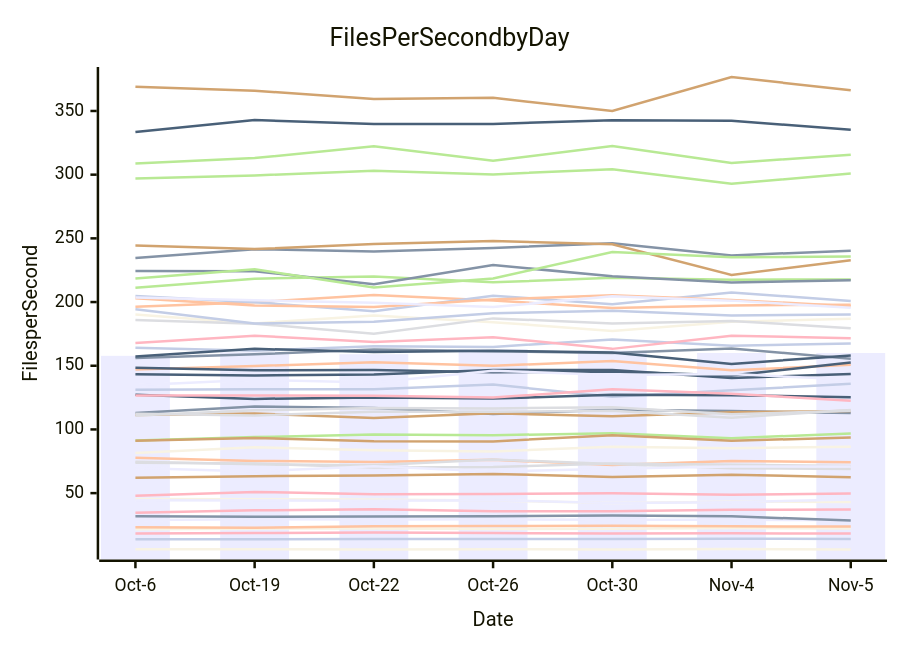
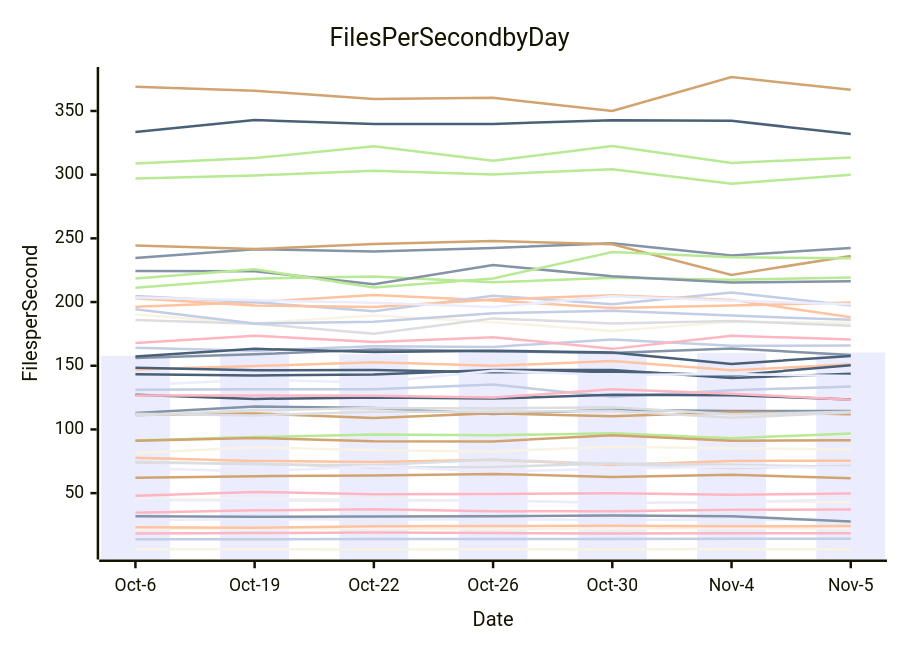
Before and after one commit to streetsidesoftware/cspell: the diagram in perf-report.md, drawn with Mermaid. The commit also changed other lines of this file and 1 other file, not shown here.

````diff
--- a/perf-report.md
+++ b/perf-report.md
@@ -10,57 +10,57 @@
 ```mermaid
 xychart-beta
     title Files Per Second by Day
     y-axis Files per Second
     x-axis Date [Oct-6, Oct-19, Oct-22, Oct-26, Oct-30, Nov-4, Nov-5]
-    bar [157.78, 160.58, 159.03, 162.88, 161.94, 160.02, 159.99]
-    line [112.94, 118.00, 116.85, 112.16, 115.50, 114.45, 112.83]
-    line [77.78, 75.28, 74.51, 76.18, 72.03, 75.21, 74.33]
-    line [74.54, 72.64, 71.96, 76.44, 72.80, 69.62, 68.95]
-    line [91.34, 93.97, 96.00, 95.45, 97.05, 93.17, 96.87]
-    line [111.42, 112.56, 109.04, 112.63, 110.40, 113.53, 114.39]
-    line [164.09, 161.71, 165.23, 164.80, 170.61, 165.61, 167.50]
-    line [34.53, 36.49, 37.33, 35.82, 35.71, 36.86, 37.15]
-    line [333.43, 342.86, 339.81, 339.82, 342.79, 342.26, 335.24]
-    line [45.48, 45.18, 45.07, 44.31, 42.25, 43.22, 43.08]
-    line [44.34, 44.15, 44.08, 44.42, 42.24, 42.88, 44.93]
-    line [234.66, 241.48, 239.78, 242.41, 246.20, 236.64, 240.32]
-    line [196.39, 199.93, 205.59, 201.31, 195.27, 197.35, 197.98]
-    line [73.77, 73.27, 70.11, 70.57, 73.22, 72.23, 71.26]
-    line [296.93, 299.41, 303.13, 300.22, 304.34, 292.89, 300.93]
-    line [91.13, 93.37, 90.70, 90.60, 95.53, 91.04, 93.69]
-    line [131.24, 131.49, 131.59, 135.21, 125.70, 130.73, 135.82]
-    line [167.92, 173.59, 168.67, 172.42, 163.25, 173.61, 171.60]
-    line [143.38, 142.44, 143.06, 146.69, 146.59, 140.40, 143.59]
-    line [190.21, 183.26, 189.47, 184.23, 177.36, 184.49, 186.80]
-    line [28.81, 29.58, 29.31, 29.41, 29.14, 29.07, 28.82]
-    line [156.12, 158.95, 162.77, 161.40, 160.02, 163.60, 155.42]
-    line [147.14, 149.81, 152.74, 149.93, 153.73, 146.39, 150.74]
-    line [185.98, 183.04, 175.20, 187.18, 183.23, 185.22, 179.47]
-    line [211.32, 218.31, 220.10, 215.49, 219.14, 217.54, 217.72]
-    line [244.34, 241.58, 245.56, 247.95, 245.41, 221.31, 232.76]
-    line [204.79, 199.89, 192.85, 204.98, 198.27, 207.58, 200.75]
-    line [47.88, 50.97, 49.03, 49.37, 49.99, 48.68, 49.78]
-    line [148.37, 146.50, 146.67, 144.85, 145.45, 142.42, 152.50]
-    line [6.00, 6.02, 5.75, 6.03, 5.80, 6.05, 5.83]
-    line [69.72, 67.05, 71.08, 67.00, 69.09, 70.86, 70.85]
-    line [31.79, 31.44, 31.67, 31.78, 32.41, 31.83, 28.53]
-    line [203.08, 197.32, 196.05, 201.96, 205.39, 201.71, 196.64]
-    line [111.00, 115.01, 116.88, 116.53, 117.43, 111.89, 114.68]
-    line [308.73, 313.03, 322.37, 310.93, 322.55, 309.17, 315.72]
-    line [62.01, 63.29, 63.79, 65.07, 62.75, 64.51, 62.42]
-    line [13.86, 13.81, 14.01, 14.02, 13.97, 14.18, 14.06]
-    line [18.38, 18.69, 19.00, 18.63, 18.25, 18.44, 18.33]
-    line [127.28, 123.99, 125.15, 124.19, 127.28, 126.86, 125.32]
-    line [21.69, 22.11, 22.28, 21.78, 22.12, 22.59, 22.20]
-    line [203.55, 201.34, 199.55, 196.07, 204.60, 201.12, 195.48]
-    line [224.28, 224.21, 213.97, 229.01, 220.21, 215.36, 217.13]
-    line [23.16, 22.78, 23.92, 24.17, 24.43, 23.95, 23.71]
-    line [112.35, 111.02, 113.95, 113.80, 114.69, 109.15, 115.29]
-    line [218.48, 225.66, 211.47, 218.53, 239.32, 235.17, 235.72]
-    line [369.11, 365.93, 359.34, 360.33, 349.95, 376.67, 366.22]
-    line [194.31, 183.18, 184.56, 191.17, 193.23, 189.38, 190.30]
-    line [126.66, 126.74, 126.46, 125.04, 131.49, 128.05, 122.59]
-    line [157.33, 163.29, 160.80, 161.82, 160.48, 151.46, 158.07]
-    line [81.41, 86.03, 83.62, 82.78, 86.40, 85.26, 86.48]
-    line [134.66, 139.08, 136.76, 146.14, 142.74, 143.48, 139.16]
+    bar [157.78, 160.58, 159.03, 162.88, 161.94, 160.02, 160.36]
+    line [112.94, 118.00, 116.85, 112.16, 115.50, 114.45, 114.39]
+    line [77.78, 75.28, 74.51, 76.18, 72.03, 75.21, 75.51]
+    line [74.54, 72.64, 71.96, 76.44, 72.80, 69.62, 71.58]
+    line [91.34, 93.97, 96.00, 95.45, 97.05, 93.17, 96.84]
+    line [111.42, 112.56, 109.04, 112.63, 110.40, 113.53, 111.89]
+    line [164.09, 161.71, 165.23, 164.80, 170.61, 165.61, 165.88]
+    line [34.53, 36.49, 37.33, 35.82, 35.71, 36.86, 37.21]
+    line [333.43, 342.86, 339.81, 339.82, 342.79, 342.26, 331.94]
+    line [45.48, 45.18, 45.07, 44.31, 42.25, 43.22, 43.06]
+    line [44.34, 44.15, 44.08, 44.42, 42.24, 42.88, 45.33]
+    line [234.66, 241.48, 239.78, 242.41, 246.20, 236.64, 242.39]
+    line [196.39, 199.93, 205.59, 201.31, 195.27, 197.35, 199.61]
+    line [73.77, 73.27, 70.11, 70.57, 73.22, 72.23, 70.71]
+    line [296.93, 299.41, 303.13, 300.22, 304.34, 292.89, 300.01]
+    line [91.13, 93.37, 90.70, 90.60, 95.53, 91.04, 91.55]
+    line [131.24, 131.49, 131.59, 135.21, 125.70, 130.73, 133.74]
+    line [167.92, 173.59, 168.67, 172.42, 163.25, 173.61, 170.55]
+    line [143.38, 142.44, 143.06, 146.69, 146.59, 140.40, 143.75]
+    line [190.21, 183.26, 189.47, 184.23, 177.36, 184.49, 183.82]
+    line [28.81, 29.58, 29.31, 29.41, 29.14, 29.07, 29.00]
+    line [156.12, 158.95, 162.77, 161.40, 160.02, 163.60, 158.39]
+    line [147.14, 149.81, 152.74, 149.93, 153.73, 146.39, 151.10]
+    line [185.98, 183.04, 175.20, 187.18, 183.23, 185.22, 181.47]
+    line [211.32, 218.31, 220.10, 215.49, 219.14, 217.54, 219.37]
+    line [244.34, 241.58, 245.56, 247.95, 245.41, 221.31, 236.19]
+    line [204.79, 199.89, 192.85, 204.98, 198.27, 207.58, 197.35]
+    line [47.88, 50.97, 49.03, 49.37, 49.99, 48.68, 49.68]
+    line [148.37, 146.50, 146.67, 144.85, 145.45, 142.42, 150.46]
+    line [6.00, 6.02, 5.75, 6.03, 5.80, 6.05, 5.84]
+    line [69.72, 67.05, 71.08, 67.00, 69.09, 70.86, 69.83]
+    line [31.79, 31.44, 31.67, 31.78, 32.41, 31.83, 27.82]
+    line [203.08, 197.32, 196.05, 201.96, 205.39, 201.71, 188.10]
+    line [111.00, 115.01, 116.88, 116.53, 117.43, 111.89, 113.82]
+    line [308.73, 313.03, 322.37, 310.93, 322.55, 309.17, 313.51]
+    line [62.01, 63.29, 63.79, 65.07, 62.75, 64.51, 61.60]
+    line [13.86, 13.81, 14.01, 14.02, 13.97, 14.18, 14.22]
+    line [18.38, 18.69, 19.00, 18.63, 18.25, 18.44, 18.50]
+    line [127.28, 123.99, 125.15, 124.19, 127.28, 126.86, 123.53]
+    line [21.69, 22.11, 22.28, 21.78, 22.12, 22.59, 22.26]
+    line [203.55, 201.34, 199.55, 196.07, 204.60, 201.12, 198.19]
+    line [224.28, 224.21, 213.97, 229.01, 220.21, 215.36, 216.32]
+    line [23.16, 22.78, 23.92, 24.17, 24.43, 23.95, 24.27]
+    line [112.35, 111.02, 113.95, 113.80, 114.69, 109.15, 113.33]
+    line [218.48, 225.66, 211.47, 218.53, 239.32, 235.17, 234.32]
+    line [369.11, 365.93, 359.34, 360.33, 349.95, 376.67, 366.61]
+    line [194.31, 183.18, 184.56, 191.17, 193.23, 189.38, 186.02]
+    line [126.66, 126.74, 126.46, 125.04, 131.49, 128.05, 123.33]
+    line [157.33, 163.29, 160.80, 161.82, 160.48, 151.46, 157.58]
+    line [81.41, 86.03, 83.62, 82.78, 86.40, 85.26, 84.31]
+    line [134.66, 139.08, 136.76, 146.14, 142.74, 143.48, 141.87]
 ```
````
